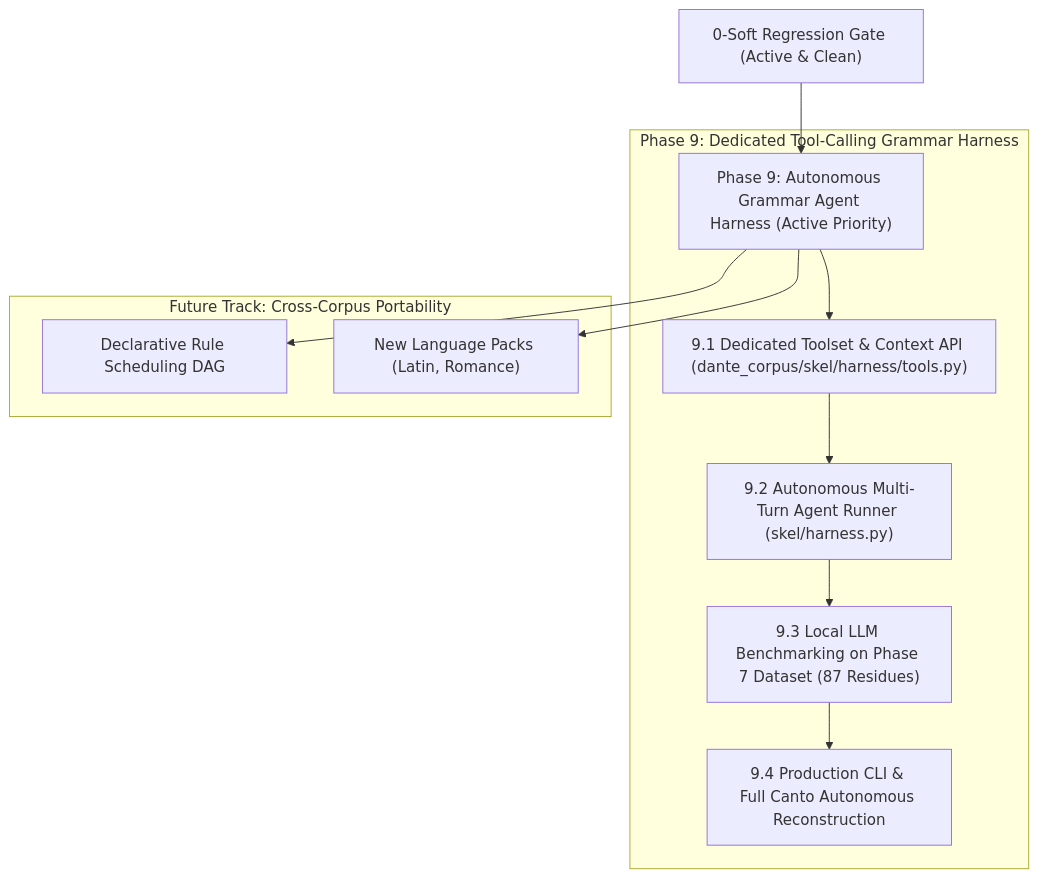
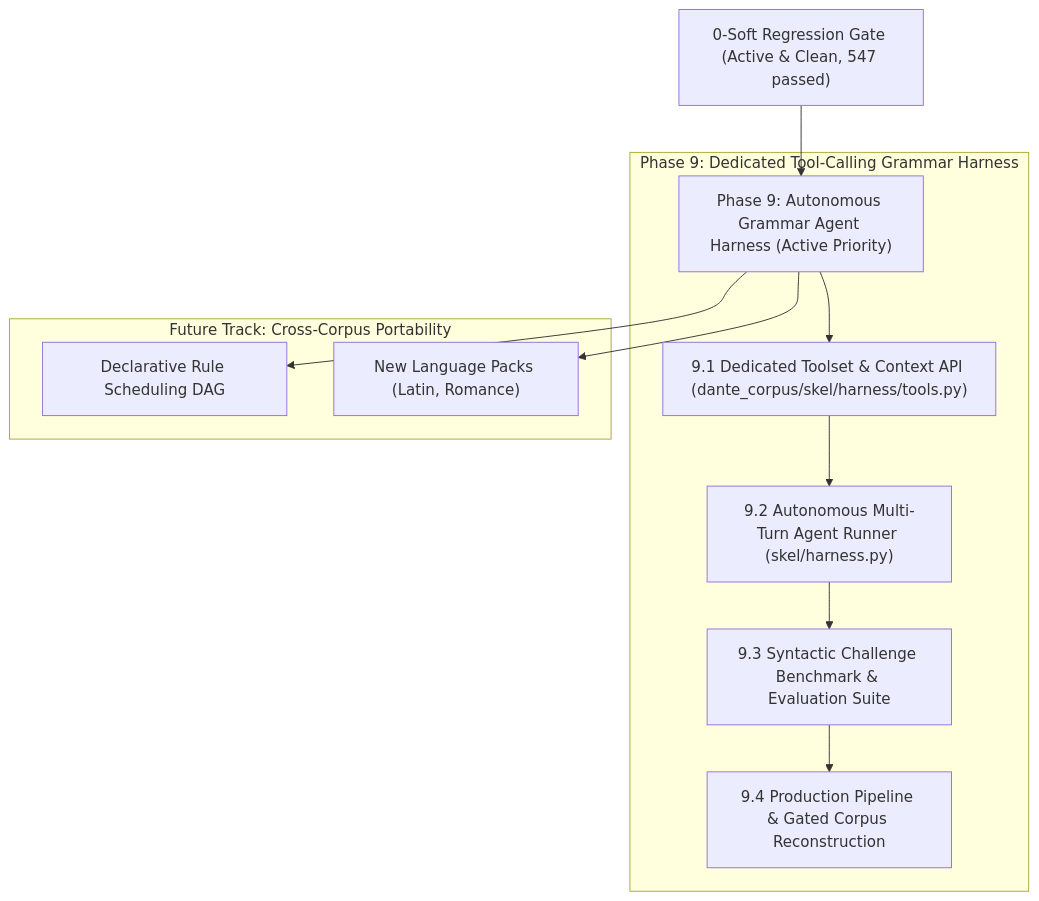
Before and after one commit to 7shi/dante-corpus: the first of 2 diagrams in skel/PLAN.md, drawn with Mermaid. The commit also changed other lines of this file and 2 other files, not shown here.

First line of the commit message:
docs(skel): reconcile Phase 9 specifications and Layer 4 contracts

````diff
--- a/skel/PLAN.md
+++ b/skel/PLAN.md
@@ -19,16 +19,16 @@
 ```mermaid
 graph TD
-    Gate["0-Soft Regression Gate (Active & Clean)"] --> P9["Phase 9: Autonomous Grammar Agent Harness (Active Priority)"]
+    Gate["0-Soft Regression Gate (Active & Clean, 547 passed)"] --> P9["Phase 9: Autonomous Grammar Agent Harness (Active Priority)"]
     
     subgraph "Phase 9: Dedicated Tool-Calling Grammar Harness"
         P9 --> P9_1["9.1 Dedicated Toolset & Context API (dante_corpus/skel/harness/tools.py)"]
         P9_1 --> P9_2["9.2 Autonomous Multi-Turn Agent Runner (skel/harness.py)"]
-        P9_2 --> P9_3["9.3 Local LLM Benchmarking on Phase 7 Dataset (87 Residues)"]
-        P9_3 --> P9_4["9.4 Production CLI & Full Canto Autonomous Reconstruction"]
+        P9_2 --> P9_3["9.3 Syntactic Challenge Benchmark & Evaluation Suite"]
+        P9_3 --> P9_4["9.4 Production Pipeline & Gated Corpus Reconstruction"]
     end
     
     subgraph "Future Track: Cross-Corpus Portability"
         P9 --> Port_DAG["Declarative Rule Scheduling DAG"]
         P9 --> Port_Lang["New Language Packs (Latin, Romance)"]
     end
 ```
````
